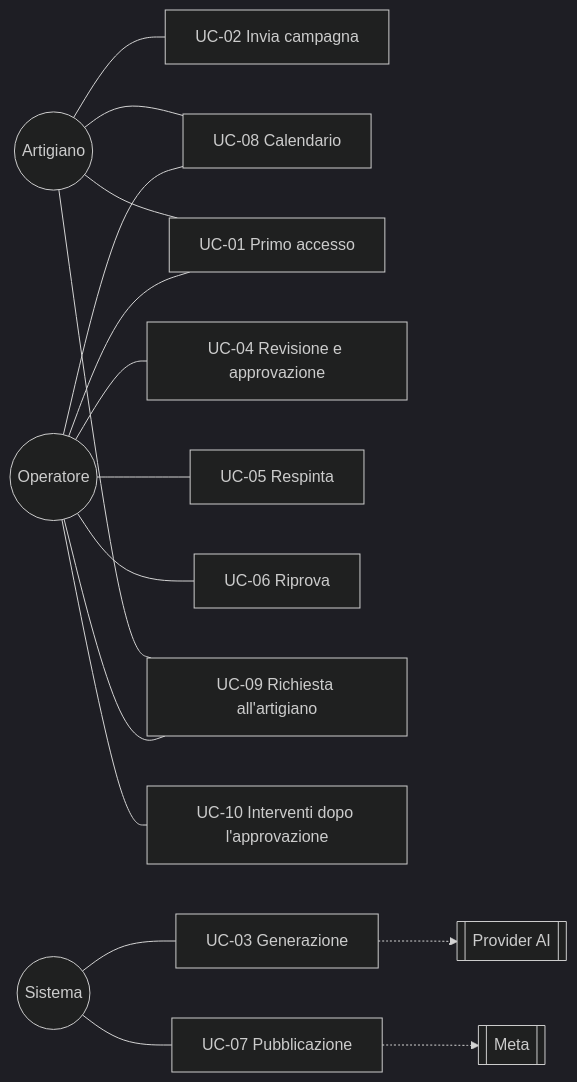
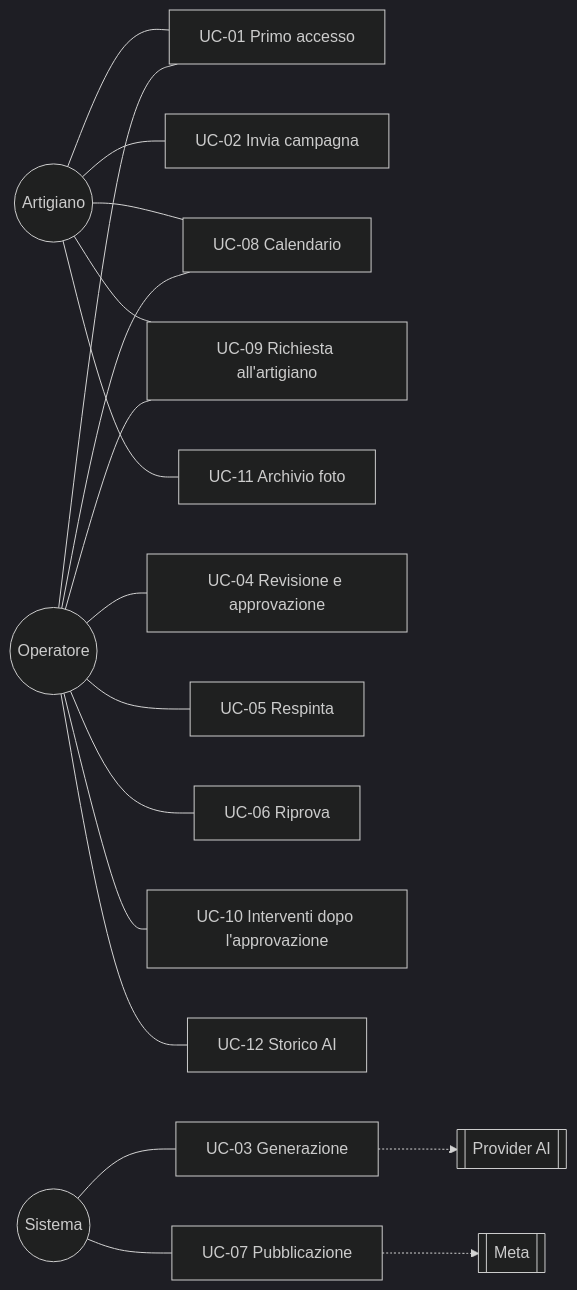
One commit to Full-Stack-AI-ADFlow-Suite-Project/adflow-suite changed the first of 5 diagrams in docs/proposta-tecnica.md. Above: the diagram before and after it, drawn with Mermaid (dark theme). The commit also changed other lines of this file and 1 other file, not shown here.

````diff
--- a/docs/proposta-tecnica.md
+++ b/docs/proposta-tecnica.md
@@ -102,18 +105,20 @@
 ```mermaid
 flowchart LR
-  A((Artigiano)) --- UC2[UC-02 Invia campagna]
+  A((Artigiano)) --- UC1[UC-01 Primo accesso]
+  A --- UC2[UC-02 Invia campagna]
   A --- UC8[UC-08 Calendario]
-  A --- UC1[UC-01 Primo accesso]
+  A --- UC9[UC-09 Richiesta all'artigiano]
+  A --- UC11[UC-11 Archivio foto]
   O((Operatore)) --- UC1
   O --- UC4[UC-04 Revisione e approvazione]
   O --- UC5[UC-05 Respinta]
   O --- UC6[UC-06 Riprova]
   O --- UC8
-  A --- UC9[UC-09 Richiesta all'artigiano]
   O --- UC9
   O --- UC10[UC-10 Interventi dopo l'approvazione]
+  O --- UC12[UC-12 Storico AI]
   S((Sistema)) --- UC3[UC-03 Generazione]
   S --- UC7[UC-07 Pubblicazione]
   UC3 -.-> AI[[Provider AI]]
   UC7 -.-> M[[Meta]]
 ```
````
